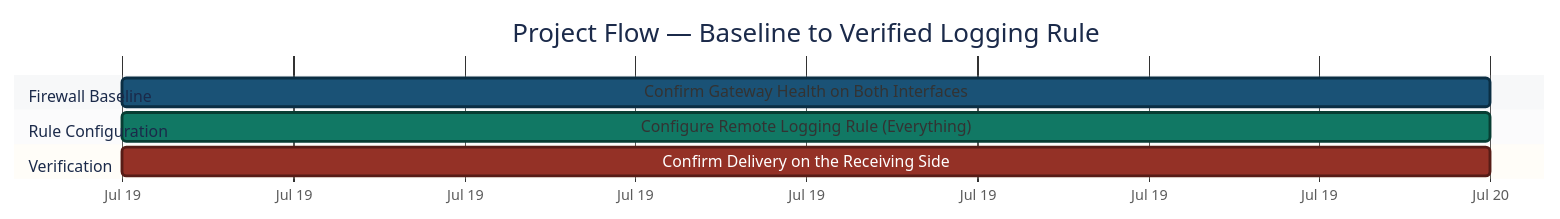
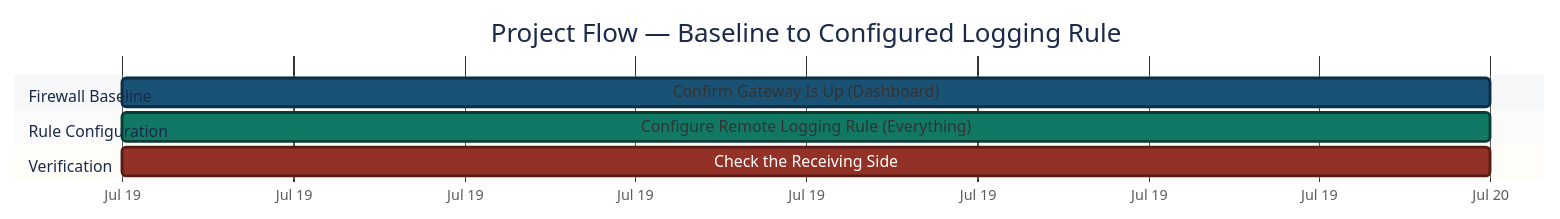
Before and after one commit to malaika-azhar/Cybersecurity-Lab-Projects: the first of 4 diagrams in 3-Advanced-Cyber-Projects/project-04-firewall-rules-configuration/README.md, drawn with Mermaid. The commit also changed other lines of this file, not shown here.

````diff
--- a/3-Advanced-Cyber-Projects/project-04-firewall-rules-configuration/README.md
+++ b/3-Advanced-Cyber-Projects/project-04-firewall-rules-configuration/README.md
@@ -125,21 +125,21 @@
 ```mermaid
 %%{init: { 'theme': 'base', 'themeVariables': {
   'activeTaskBkgColor':'#1A5276', 'activeTaskBorderColor':'#0B2E43',
   'doneTaskBkgColor':'#117864', 'doneTaskBorderColor':'#083D33',
   'critBkgColor':'#943126', 'critBorderColor':'#571C16',
   'sectionBkgColor':'#D6DBDF', 'altSectionBkgColor':'#EAECEE',
   'taskTextColor':'#FFFFFF', 'taskTextOutsideColor':'#1B2631',
   'taskTextLightColor':'#FFFFFF',
   'titleColor':'#1B2A4A', 'fontSize':'16px'
 }}}%%
 gantt
-    title Project Flow — Baseline to Verified Logging Rule
+    title Project Flow — Baseline to Configured Logging Rule
     dateFormat YYYY-MM-DD
     axisFormat %b %d
     section Firewall Baseline
-    Confirm Gateway Health on Both Interfaces   :active, 2026-07-19, 1d
+    Confirm Gateway Is Up (Dashboard)           :active, 2026-07-19, 1d
     section Rule Configuration
     Configure Remote Logging Rule (Everything)  :done, 2026-07-19, 1d
     section Verification
-    Confirm Delivery on the Receiving Side      :crit, 2026-07-19, 1d
+    Check the Receiving Side                    :crit, 2026-07-19, 1d
 ```
````
